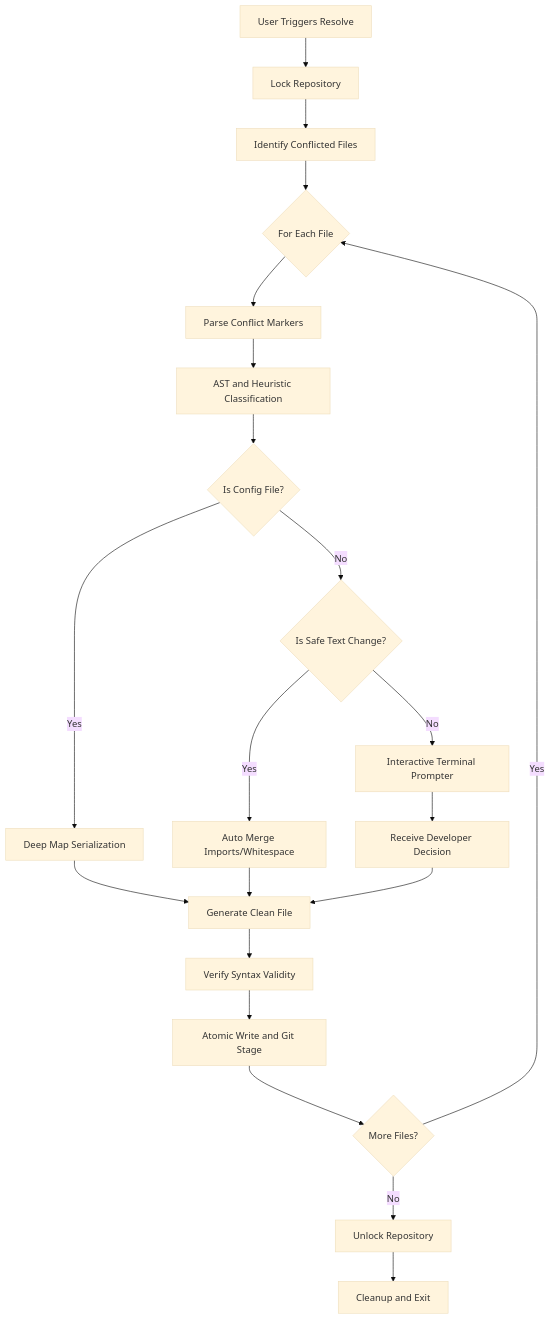
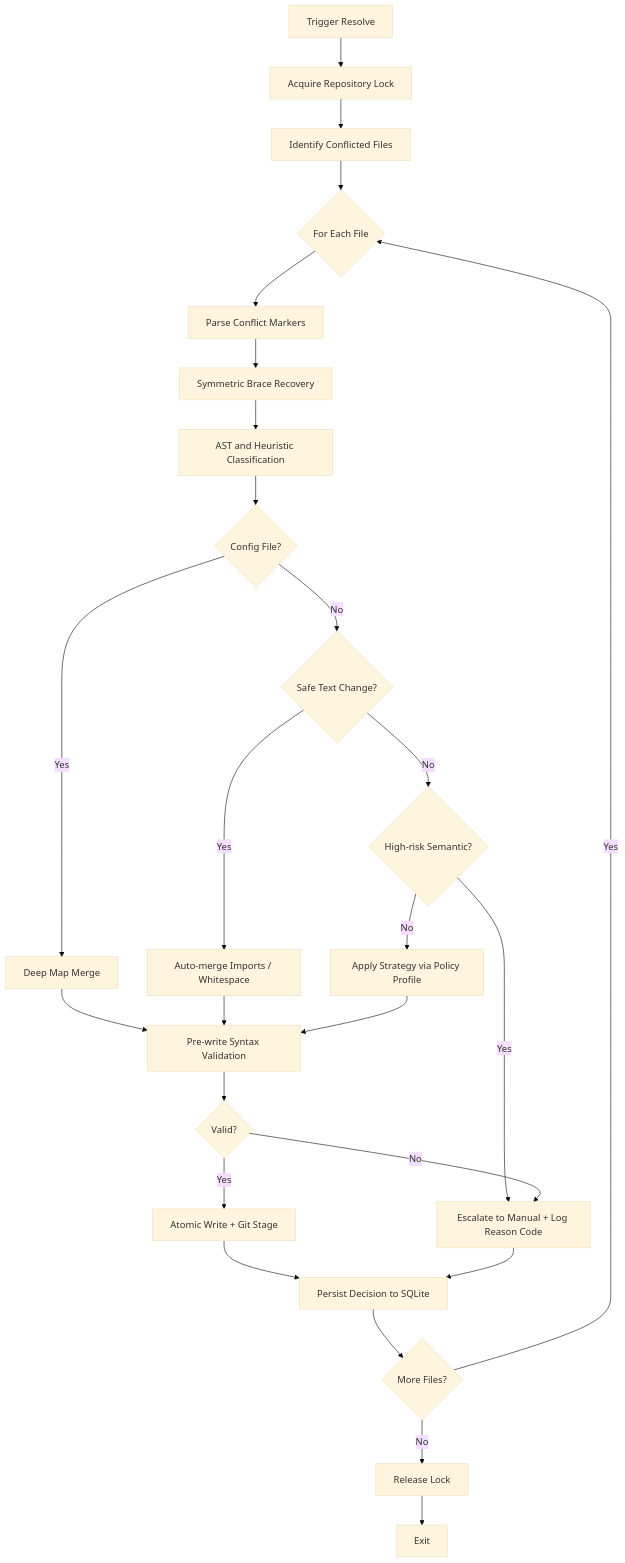
The diagram in README.md (jhanvi857/gitresolve), drawn with Mermaid (base theme) before and after one commit. The commit also changed other lines of this file, not shown here.

Commit message:
docs(readme): expand guide with policy profiles, stats, CI gates, and architecture

````diff
--- a/README.md
+++ b/README.md
@@ -117,29 +236,34 @@
 ```mermaid
 flowchart TD
-    Start[User Triggers Resolve] --> LockRepo[Lock Repository]
-    LockRepo --> ReadGit[Identify Conflicted Files]
-    ReadGit --> LoopFiles{For Each File}
-    
-    LoopFiles --> Parsed[Parse Conflict Markers]
-    Parsed --> Classify[AST and Heuristic Classification]
-    
-    Classify --> IsStructured{Is Config File?}
-    IsStructured -- Yes --> StructuralMerge[Deep Map Serialization]
-    StructuralMerge --> Output[Generate Clean File]
-    
-    IsStructured -- No --> IsSafeText{Is Safe Text Change?}
-    IsSafeText -- Yes --> AutoResolve[Auto Merge Imports/Whitespace]
-    AutoResolve --> Output
-    
-    IsSafeText -- No --> UserInput[Interactive Terminal Prompter]
-    UserInput --> ReceiveInput[Receive Developer Decision]
-    ReceiveInput --> Output
-    
-    Output --> Verify[Verify Syntax Validity]
-    Verify --> Write[Atomic Write and Git Stage]
-    Write --> NextFile{More Files?}
-    
-    NextFile -- Yes --> LoopFiles
-    NextFile -- No --> Unlock[Unlock Repository]
-    Unlock --> Finish[Cleanup and Exit]
+    Start[Trigger Resolve] --> Lock[Acquire Repository Lock]
+    Lock --> Identify[Identify Conflicted Files]
+    Identify --> Loop{For Each File}
+
+    Loop --> Parse[Parse Conflict Markers]
+    Parse --> Recover[Symmetric Brace Recovery]
+    Recover --> Classify[AST and Heuristic Classification]
+
+    Classify --> Config{Config File?}
+    Config -- Yes --> DeepMerge[Deep Map Merge]
+    DeepMerge --> Validate
+
+    Config -- No --> Safe{Safe Text Change?}
+    Safe -- Yes --> AutoResolve[Auto-merge Imports / Whitespace]
+    AutoResolve --> Validate
+
+    Safe -- No --> Risk{High-risk Semantic?}
+    Risk -- Yes --> Escalate[Escalate to Manual + Log Reason Code]
+    Risk -- No --> Strategy[Apply Strategy via Policy Profile]
+    Strategy --> Validate
+
+    Validate[Pre-write Syntax Validation] --> Pass{Valid?}
+    Pass -- No --> Escalate
+    Pass -- Yes --> Write[Atomic Write + Git Stage]
+
+    Write --> Log[Persist Decision to SQLite]
+    Escalate --> Log
+    Log --> Next{More Files?}
+    Next -- Yes --> Loop
+    Next -- No --> Unlock[Release Lock]
+    Unlock --> Done[Exit]
 ```
````
